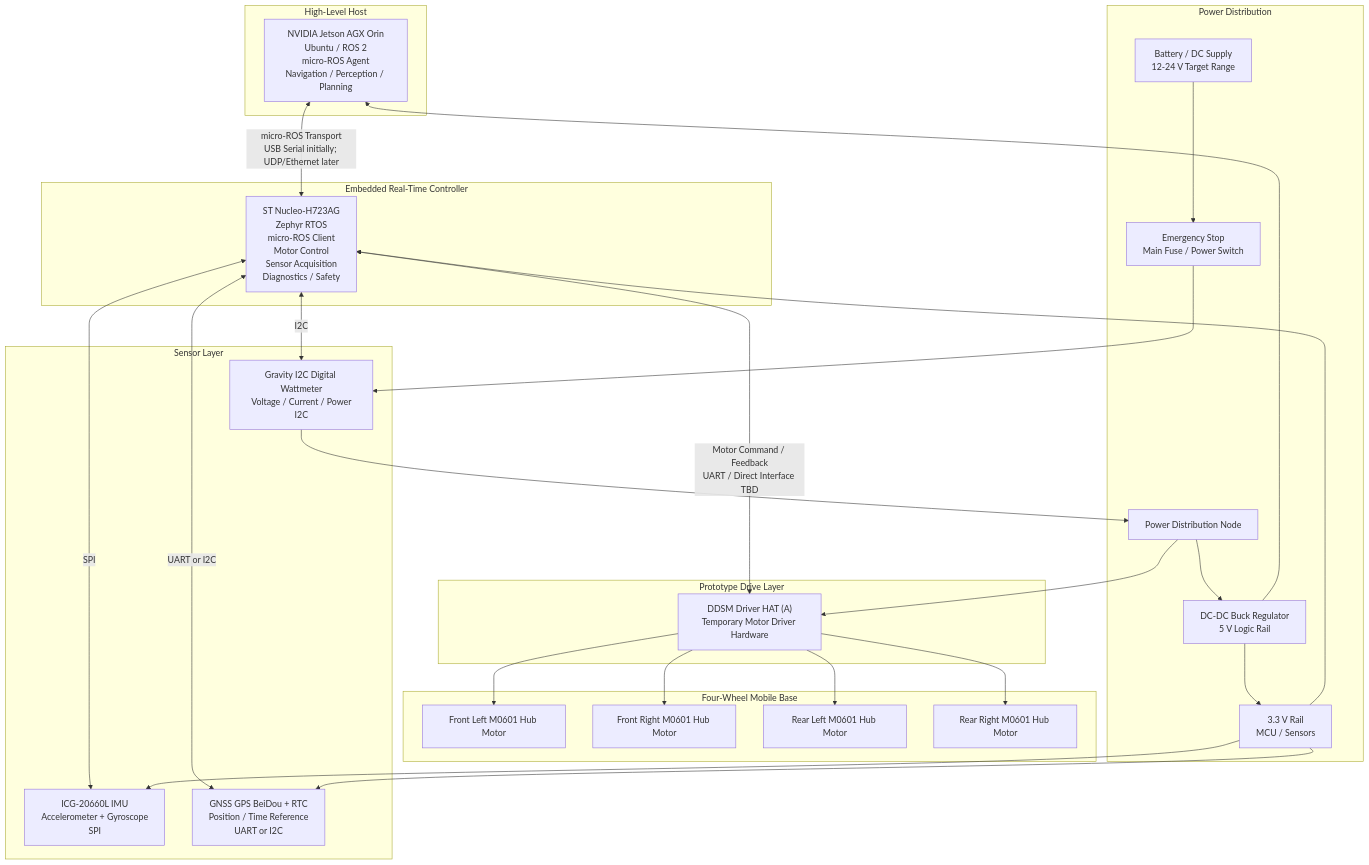
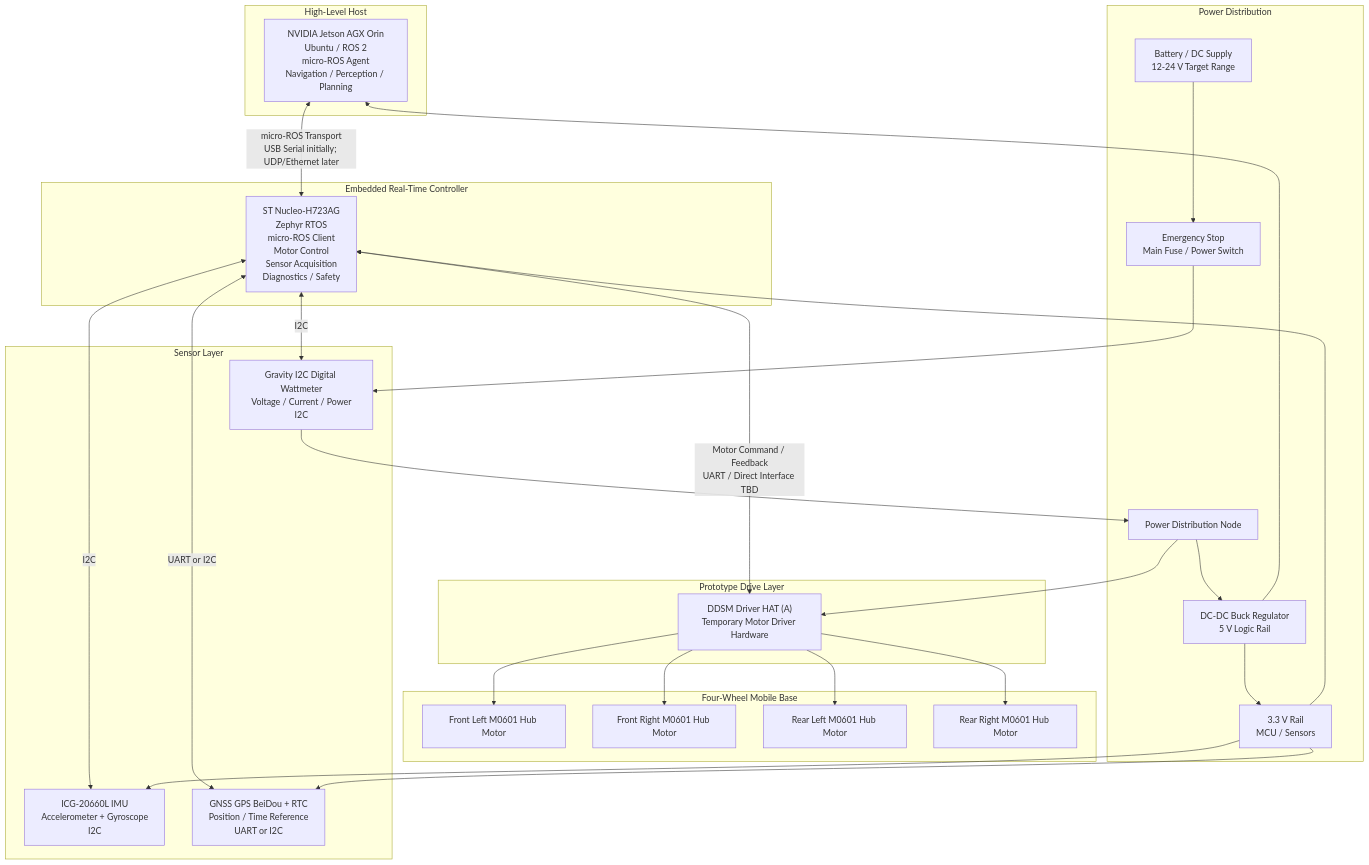
Before and after one commit to SouthBitsLab/micro_ros_controller_firmware: the diagram in WIP.md, drawn with Mermaid. The commit also changed other lines of this file and 65 other files, not shown here.

````diff
--- a/WIP.md
+++ b/WIP.md
@@ -69,57 +69,57 @@
 ```mermaid
 flowchart TB
     subgraph HOST["High-Level Host"]
         JETSON["NVIDIA Jetson AGX Orin<br/>Ubuntu / ROS 2<br/>micro-ROS Agent<br/>Navigation / Perception / Planning"]
     end
 
     subgraph MCU["Embedded Real-Time Controller"]
         NUCLEO["ST Nucleo-H723AG<br/>Zephyr RTOS<br/>micro-ROS Client<br/>Motor Control<br/>Sensor Acquisition<br/>Diagnostics / Safety"]
     end
 
     subgraph SENSORS["Sensor Layer"]
-        IMU["ICG-20660L IMU<br/>Accelerometer + Gyroscope<br/>SPI"]
+        IMU["ICG-20660L IMU<br/>Accelerometer + Gyroscope<br/>I2C"]
         GNSS["GNSS GPS BeiDou + RTC<br/>Position / Time Reference<br/>UART or I2C"]
         WATT["Gravity I2C Digital Wattmeter<br/>Voltage / Current / Power<br/>I2C"]
     end
 
     subgraph DRIVE["Prototype Drive Layer"]
         HAT["DDSM Driver HAT (A)<br/>Temporary Motor Driver Hardware"]
     end
 
     subgraph MOTORS["Four-Wheel Mobile Base"]
         FL["Front Left M0601 Hub Motor"]
         FR["Front Right M0601 Hub Motor"]
         RL["Rear Left M0601 Hub Motor"]
         RR["Rear Right M0601 Hub Motor"]
     end
 
     subgraph POWER["Power Distribution"]
         BAT["Battery / DC Supply<br/>12-24 V Target Range"]
         ESTOP["Emergency Stop<br/>Main Fuse / Power Switch"]
         SPLIT["Power Distribution Node"]
         BUCK5["DC-DC Buck Regulator<br/>5 V Logic Rail"]
         LDO33["3.3 V Rail<br/>MCU / Sensors"]
     end
 
     JETSON <-->|"micro-ROS Transport<br/>USB Serial initially; UDP/Ethernet later"| NUCLEO
     NUCLEO <-->|"Motor Command / Feedback<br/>UART / Direct Interface TBD"| HAT
-    NUCLEO <-->|"SPI"| IMU
+    NUCLEO <-->|"I2C"| IMU
     NUCLEO <-->|"UART or I2C"| GNSS
     NUCLEO <-->|"I2C"| WATT
 
     HAT --> FL
     HAT --> FR
     HAT --> RL
     HAT --> RR
 
     BAT --> ESTOP
     ESTOP --> WATT
     WATT --> SPLIT
     SPLIT --> HAT
     SPLIT --> BUCK5
     BUCK5 --> JETSON
     BUCK5 --> LDO33
     LDO33 --> NUCLEO
     LDO33 --> IMU
     LDO33 --> GNSS
 ```
````
